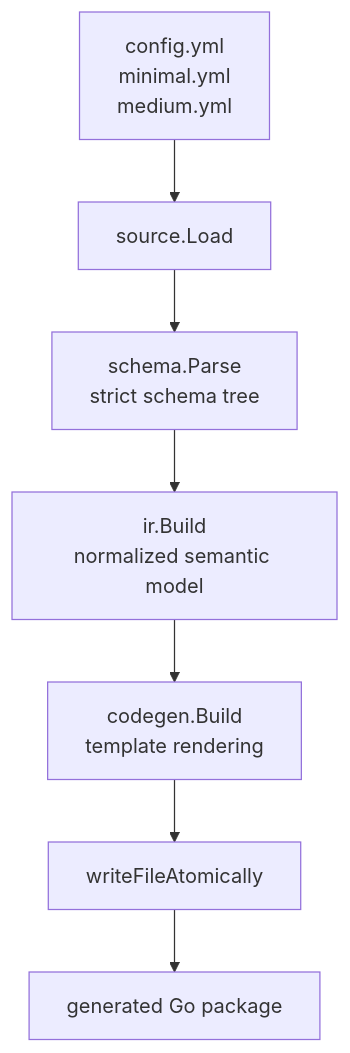
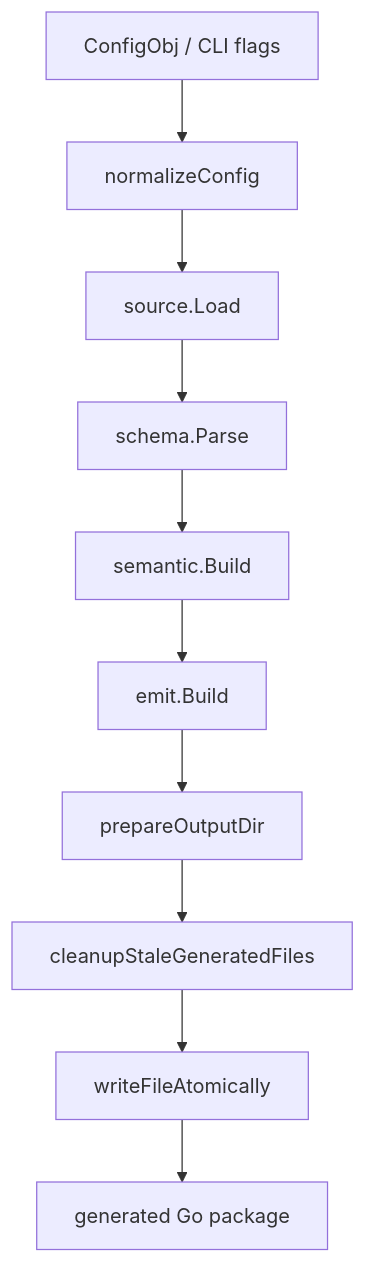
The first of 11 diagrams in README.md (amazing-generators/goconfgen), drawn with Mermaid before and after one commit. The commit also changed other lines of this file and 138 other files, not shown here.

````diff
--- a/README.md
+++ b/README.md
@@ -52,9 +42,12 @@
 ```mermaid
 flowchart TD
-  A["config.yml<br/>minimal.yml<br/>medium.yml"] --> B["source.Load"]
-  B --> C["schema.Parse<br/>strict schema tree"]
-  C --> D["ir.Build<br/>normalized semantic model"]
-  D --> E["codegen.Build<br/>template rendering"]
-  E --> F["writeFileAtomically"]
-  F --> G["generated Go package"]
+    A["ConfigObj / CLI flags"] --> B["normalizeConfig"]
+    B --> C["source.Load"]
+    C --> D["schema.Parse"]
+    D --> E["semantic.Build"]
+    E --> F["emit.Build"]
+    F --> G["prepareOutputDir"]
+    G --> H["cleanupStaleGeneratedFiles"]
+    H --> I["writeFileAtomically"]
+    I --> J["generated Go package"]
 ```
````
